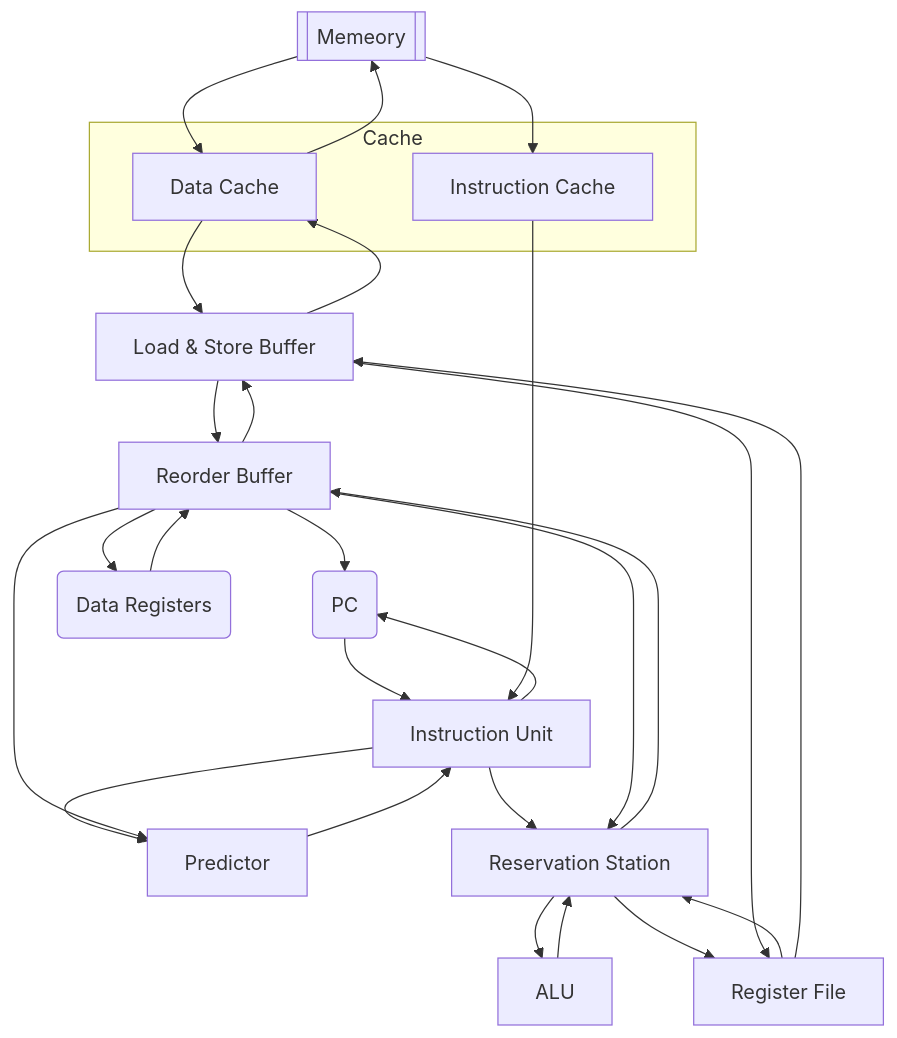
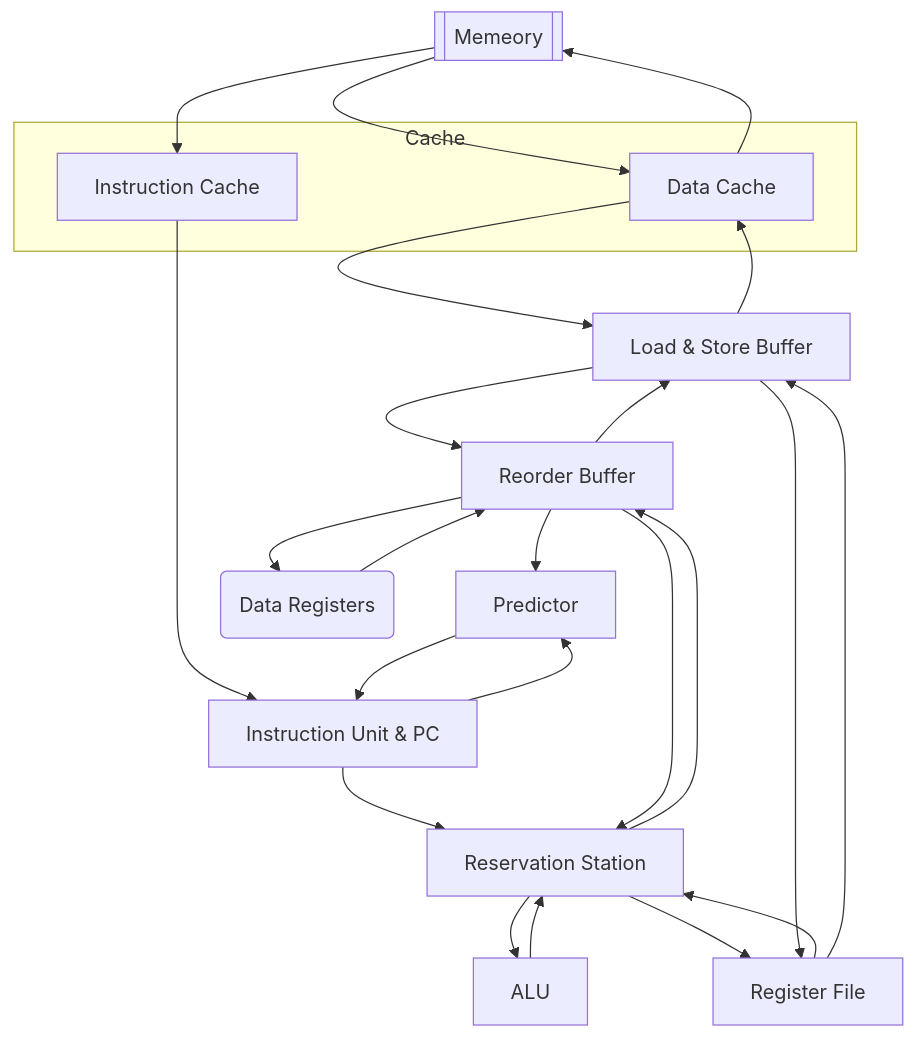
The diagram in docs/overview.md (LauYeeYu/RV32I-CPU), drawn with Mermaid before and after one commit. The commit also changed other lines of this file, not shown here.

Commit message:
docs: move the PC into the instruction unit

````diff
--- a/docs/overview.md
+++ b/docs/overview.md
@@ -5,43 +5,39 @@
 ```mermaid
 graph TD
 Mem[[Memeory]]
 subgraph Cache
   ICache[Instruction Cache]
   DCache[Data Cache]
 end
-InstructionUnit[Instruction Unit]
+InstructionUnit[Instruction Unit & PC]
 LSBuf[Load & Store Buffer]
 Predictor[Predictor]
-PC(PC)
 DRegs(Data Registers)
 RoB[Reorder Buffer]
 RegFile[Register File]
 RS[Reservation Station]
 ALU[ALU]
 
 DCache --> Mem
 Mem --> DCache
 Mem --> ICache
 DCache --> LSBuf
 LSBuf --> DCache
-PC --> InstructionUnit
 ICache --> InstructionUnit
 Predictor --> InstructionUnit
 InstructionUnit --> Predictor
 InstructionUnit --> RS
-InstructionUnit --> PC
 RS --> ALU
 ALU --> RS
 RS --> RegFile
 RegFile --> RS
 RS --> RoB
 RoB --> RS
 RoB --> DRegs
 DRegs --> RoB
 LSBuf --> RoB
 RoB --> LSBuf
-RoB --> PC
 LSBuf --> RegFile
 RegFile --> LSBuf
 RoB --> Predictor
 ```
````
